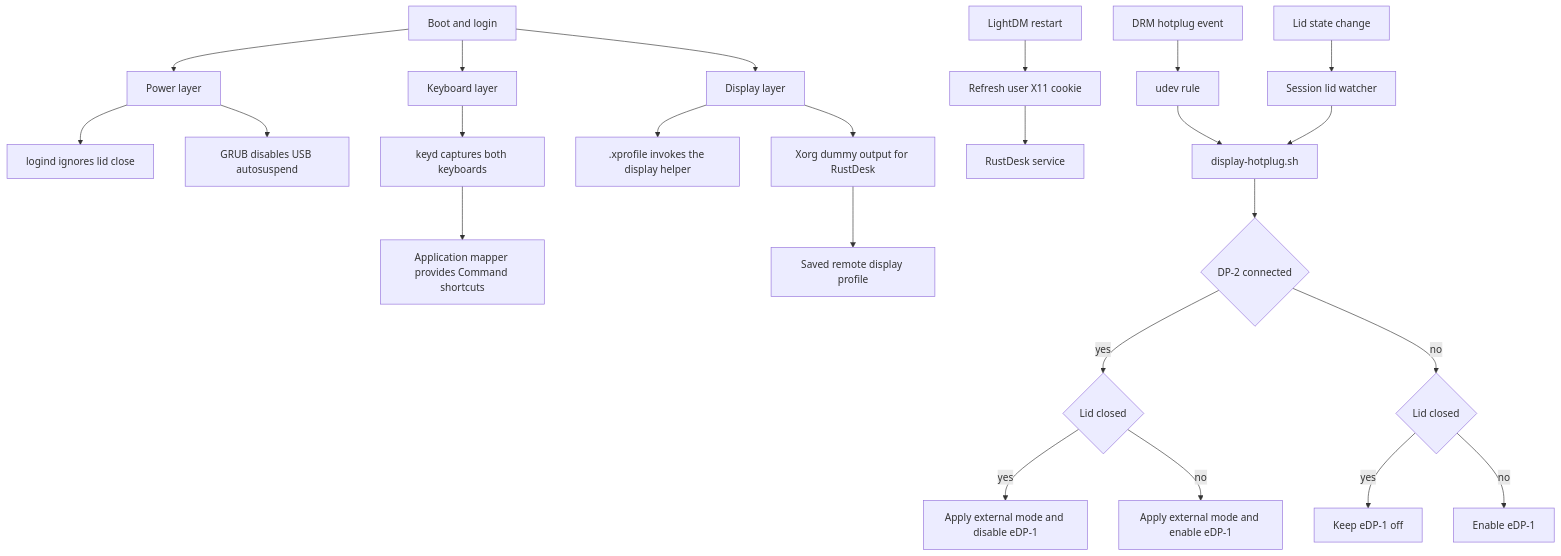
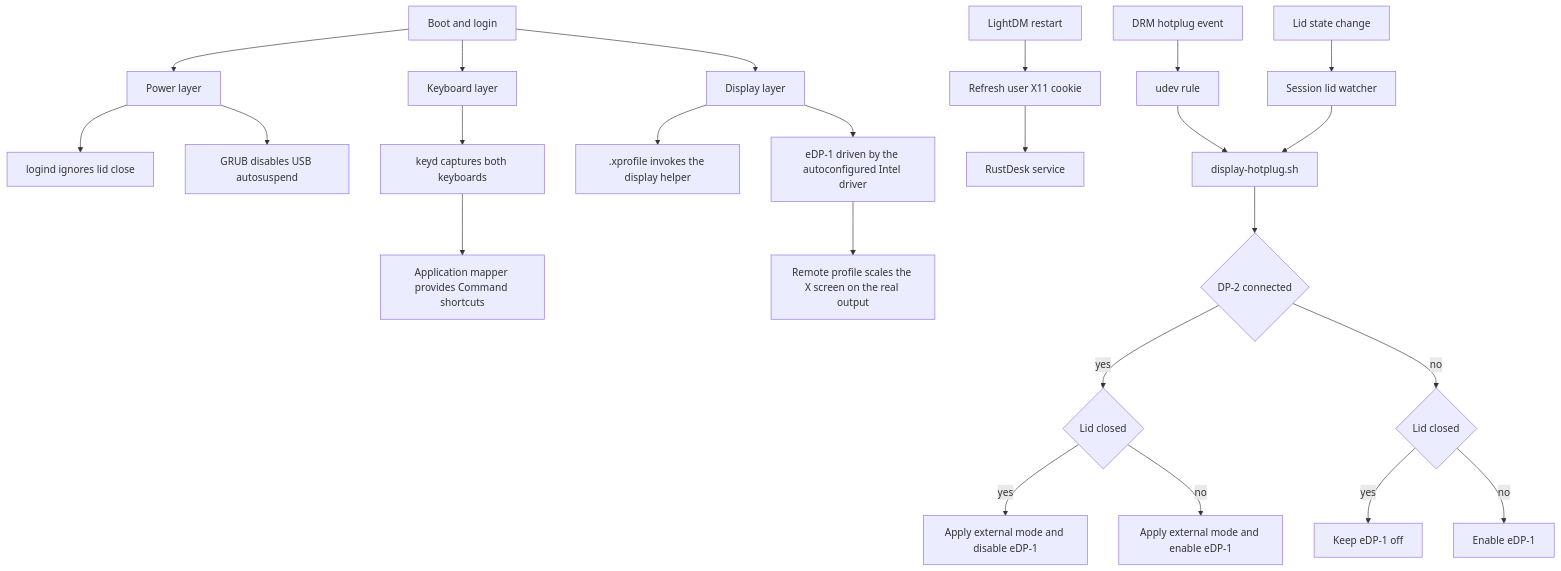
Before and after one commit to realdavidvega/dotfiles: the diagram in doc/linux-mint-macbook.md, drawn with Mermaid. The commit also changed other lines of this file and 5 other files, not shown here.

Commit message:
fix: drive the real panel instead of the Xorg dummy head

````diff
--- a/doc/linux-mint-macbook.md
+++ b/doc/linux-mint-macbook.md
@@ -13,26 +13,26 @@
 ```mermaid
 flowchart TD
   boot[Boot and login] --> power[Power layer]
   boot --> keyboard[Keyboard layer]
   boot --> display[Display layer]
   power --> lid[logind ignores lid close]
   power --> usb[GRUB disables USB autosuspend]
   keyboard --> keyd[keyd captures both keyboards]
   keyd --> mapper[Application mapper provides Command shortcuts]
   display --> xprofile[.xprofile invokes the display helper]
-  display --> dummy[Xorg dummy output for RustDesk]
-  dummy --> profile[Saved remote display profile]
+  display --> panel[eDP-1 driven by the autoconfigured Intel driver]
+  panel --> profile[Remote profile scales the X screen on the real output]
   displaymanager[LightDM restart] --> xauth[Refresh user X11 cookie]
   xauth --> rustdesk[RustDesk service]
   hotplug[DRM hotplug event] --> udev[udev rule]
   udev --> script[display-hotplug.sh]
   lidchange[Lid state change] --> watcher[Session lid watcher]
   watcher --> script
   script --> connected{DP-2 connected}
   connected -->|yes| lidstate{Lid closed}
   lidstate -->|yes| external[Apply external mode and disable eDP-1]
   lidstate -->|no| dual[Apply external mode and enable eDP-1]
   connected -->|no| fallback{Lid closed}
   fallback -->|yes| nodisplay[Keep eDP-1 off]
   fallback -->|no| internal[Enable eDP-1]
 ```
````
